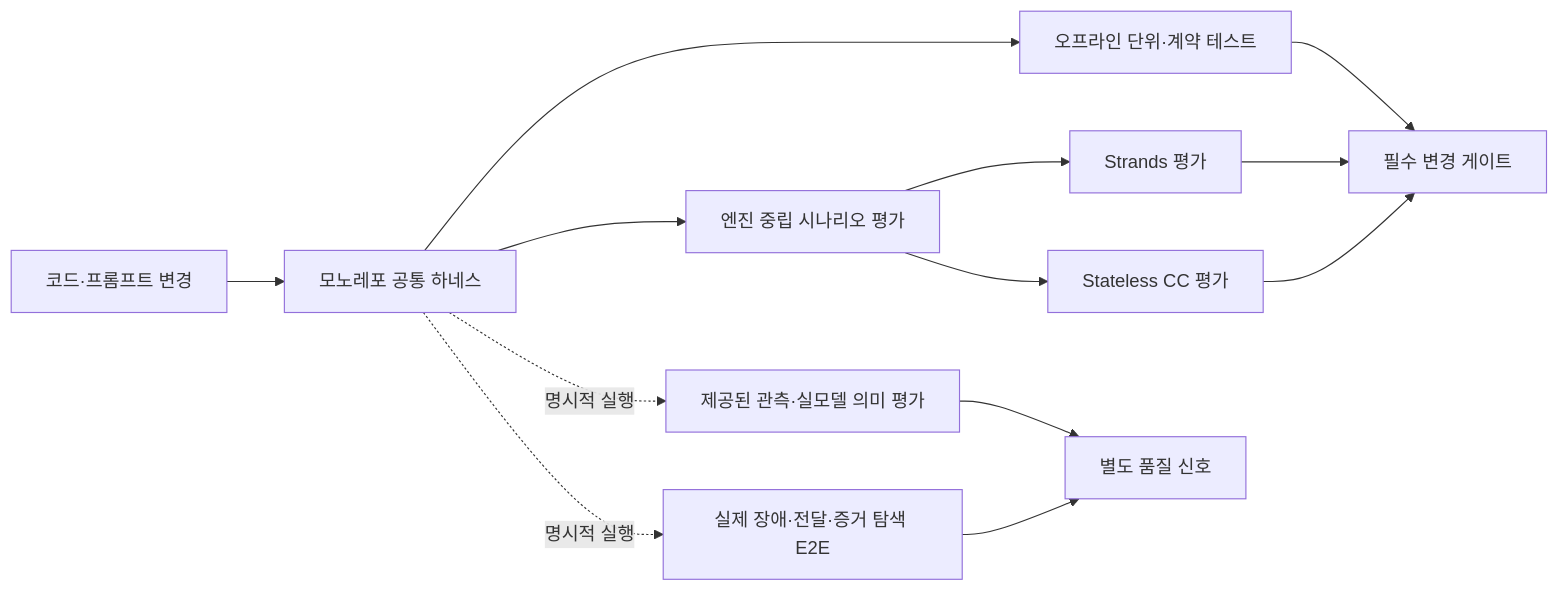
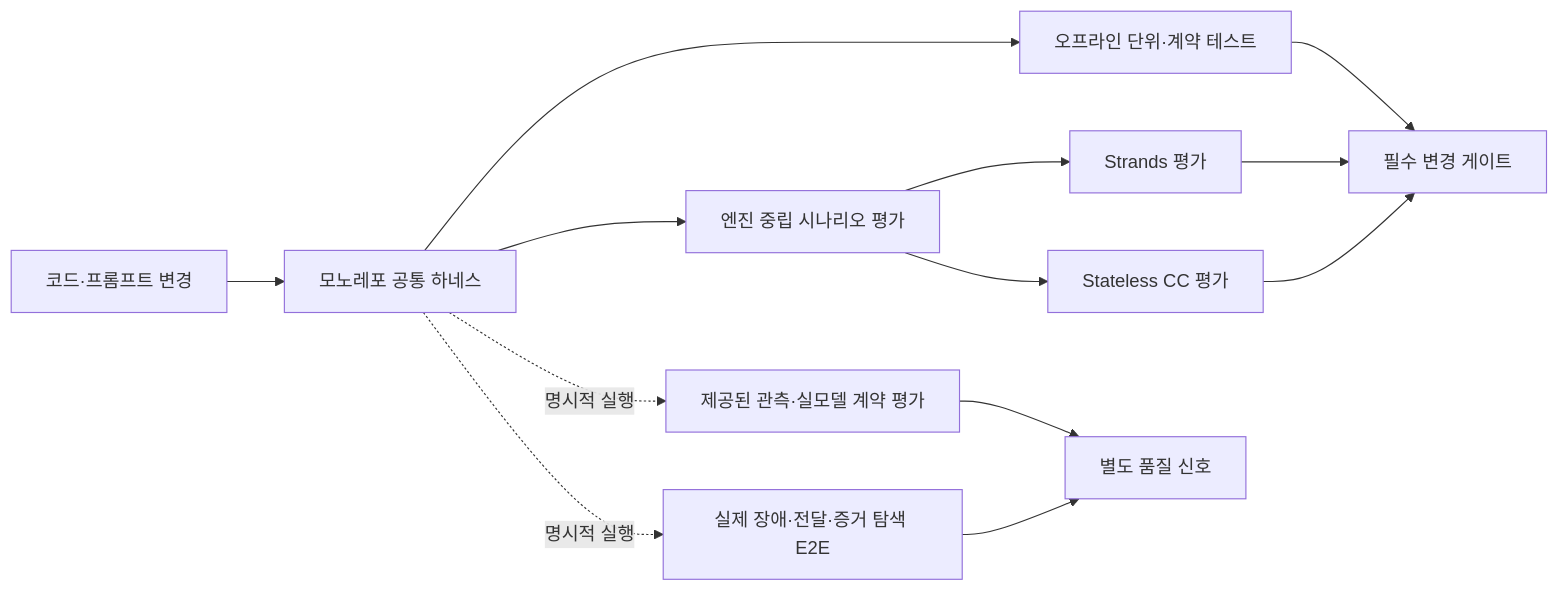
One commit to haandol/rca-agent changed the diagram in docs/adr/agent/0016-rca-evaluation-test-harness.md. Above: the diagram before and after it, drawn with Mermaid. The commit also changed other lines of this file and 81 other files, not shown here.

````diff
--- a/docs/adr/agent/0016-rca-evaluation-test-harness.md
+++ b/docs/adr/agent/0016-rca-evaluation-test-harness.md
@@ -96,15 +108,15 @@
 ```mermaid
 flowchart LR
     CHANGE["코드·프롬프트 변경"] --> ROOT["모노레포 공통 하네스"]
     ROOT --> OFFLINE["오프라인 단위·계약 테스트"]
     ROOT --> SCENARIO["엔진 중립 시나리오 평가"]
     SCENARIO --> STRANDS["Strands 평가"]
     SCENARIO --> CC["Stateless CC 평가"]
-    ROOT -. 명시적 실행 .-> MODEL["제공된 관측·실모델 의미 평가"]
+    ROOT -. 명시적 실행 .-> MODEL["제공된 관측·실모델 계약 평가"]
     ROOT -. 명시적 실행 .-> E2E["실제 장애·전달·증거 탐색 E2E"]
     OFFLINE --> GATE["필수 변경 게이트"]
     STRANDS --> GATE
     CC --> GATE
     MODEL --> SIGNAL["별도 품질 신호"]
     E2E --> SIGNAL
 ```
````
